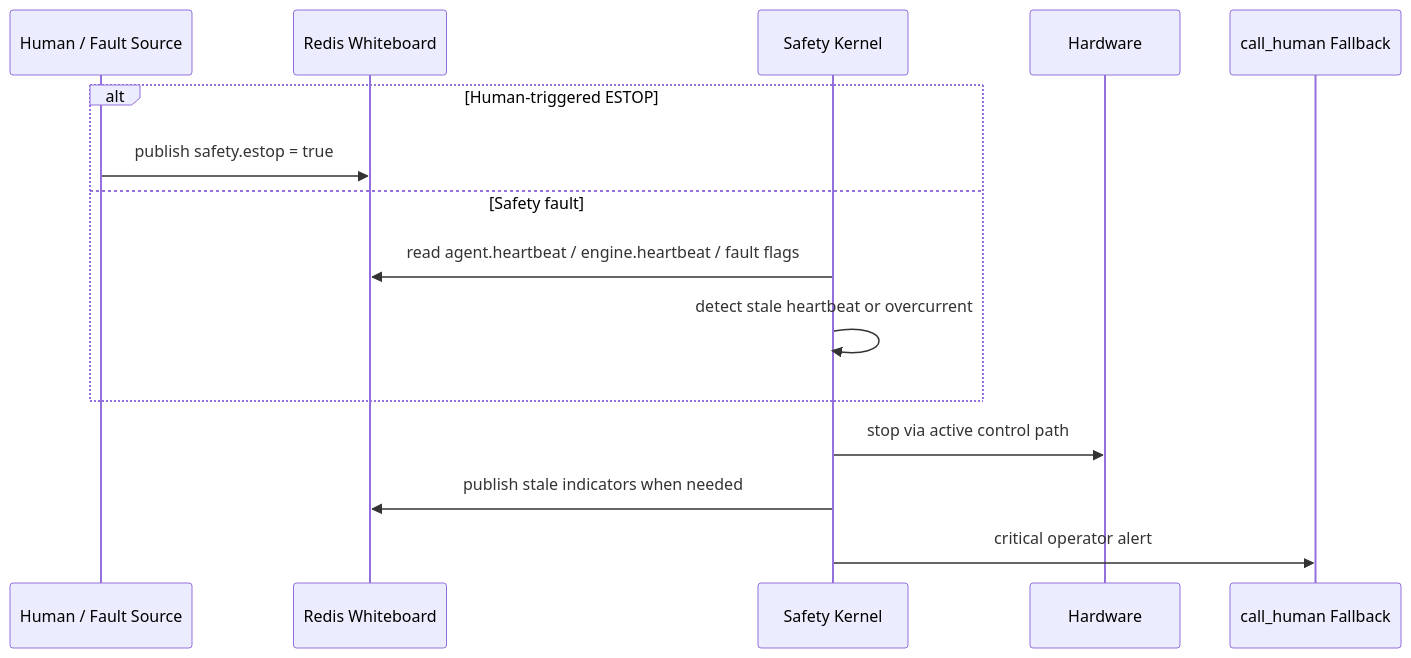
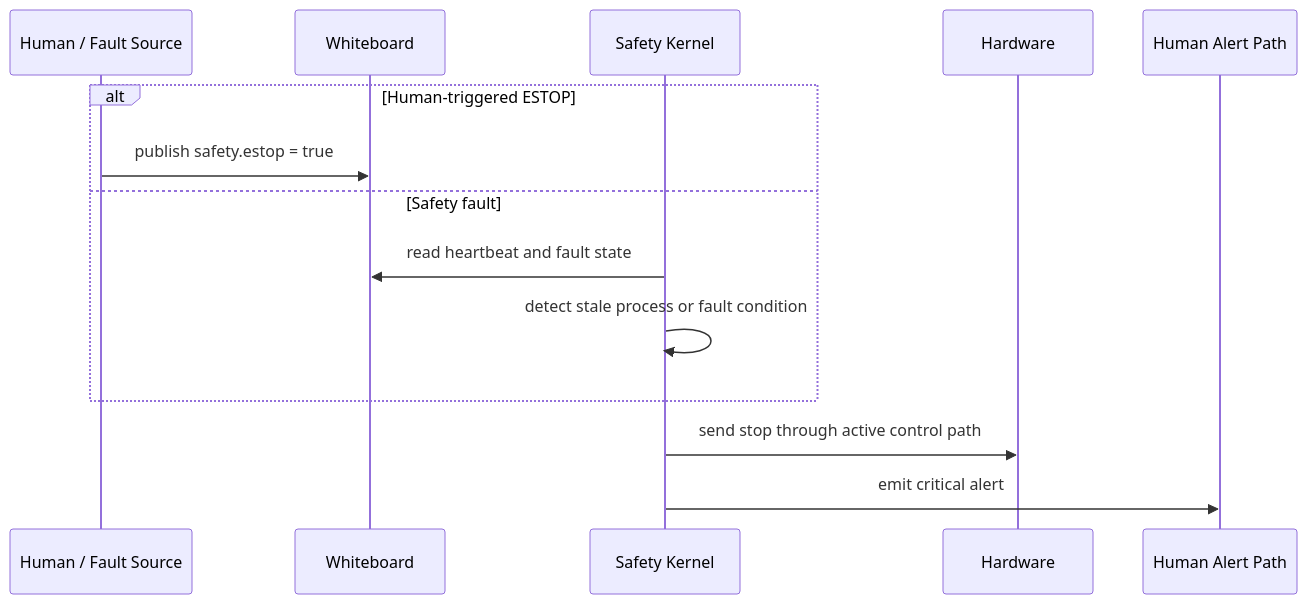
The sixth of 7 diagrams in ARCHITECTURE.md (anieyrudh/Wallee), drawn with Mermaid before and after one commit. The commit also changed other lines of this file and 23 other files, not shown here.

````diff
--- a/ARCHITECTURE.md
+++ b/ARCHITECTURE.md
@@ -186,18 +349,35 @@
 ```mermaid
+%%{init: {'theme':'base','themeVariables': {
+  'actorBkg':'#ffffff',
+  'actorBorder':'#2563eb',
+  'actorTextColor':'#0f172a',
+  'actorLineColor':'#475569',
+  'signalColor':'#475569',
+  'signalTextColor':'#0f172a',
+  'labelBoxBkgColor':'#e0f2fe',
+  'labelBoxBorderColor':'#0891b2',
+  'labelTextColor':'#164e63',
+  'loopTextColor':'#0f172a',
+  'noteBkgColor':'#fef3c7',
+  'noteBorderColor':'#d97706',
+  'noteTextColor':'#78350f',
+  'activationBkgColor':'#dbeafe',
+  'activationBorderColor':'#2563eb',
+  'sequenceNumberColor':'#0f172a'
+}}%%
 sequenceDiagram
     participant Human as Human / Fault Source
-    participant WB as Redis Whiteboard
+    participant WB as Whiteboard
     participant Safety as Safety Kernel
-    participant Machine as Hardware
-    participant Notify as call_human Fallback
+    participant HW as Hardware
+    participant Notify as Human Alert Path
 
     alt Human-triggered ESTOP
         Human->>WB: publish safety.estop = true
     else Safety fault
-        Safety->>WB: read agent.heartbeat / engine.heartbeat / fault flags
-        Safety->>Safety: detect stale heartbeat or overcurrent
+        Safety->>WB: read heartbeat and fault state
+        Safety->>Safety: detect stale process or fault condition
     end
-    Safety->>Machine: stop via active control path
-    Safety->>WB: publish stale indicators when needed
-    Safety->>Notify: critical operator alert
+    Safety->>HW: send stop through active control path
+    Safety->>Notify: emit critical alert
 ```
````
